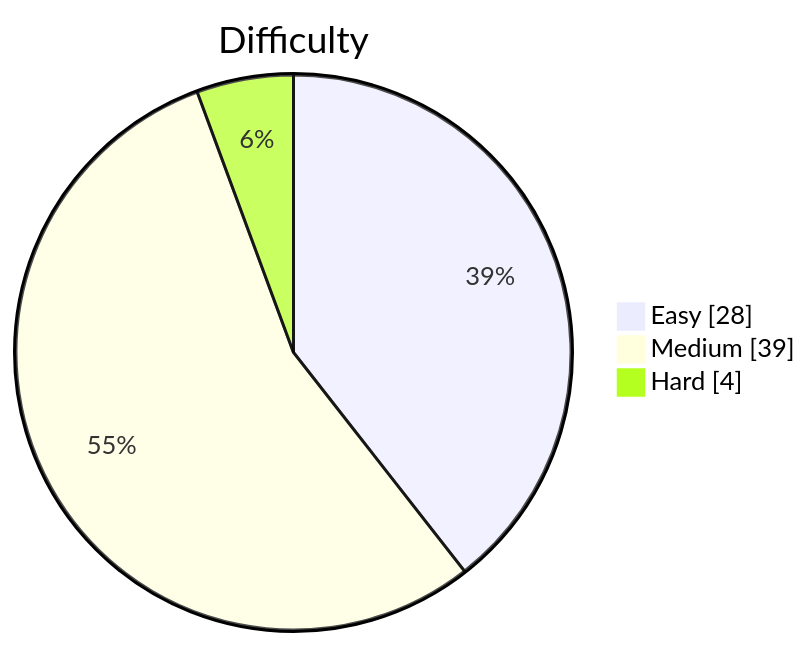
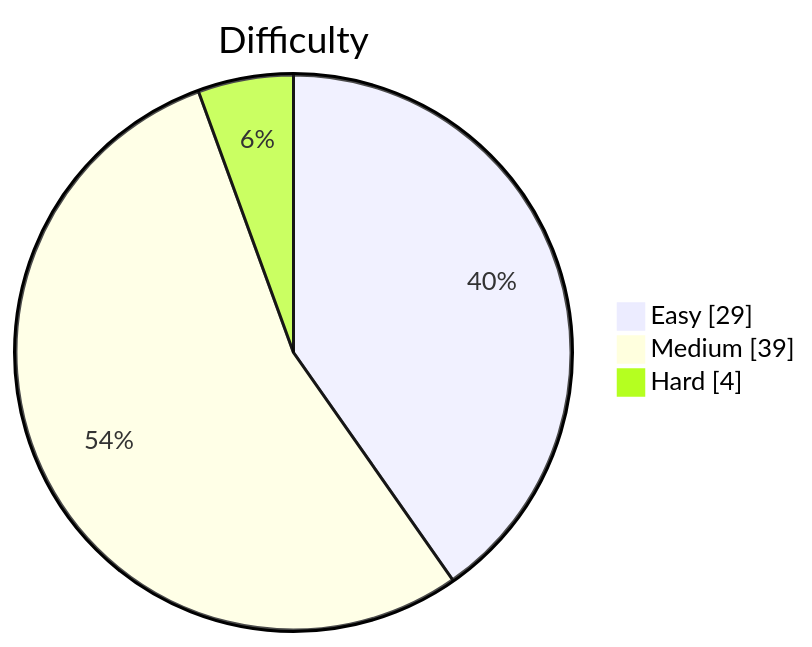
The diagram in README.md (kevstevie/python-algo-practice), drawn with Mermaid before and after one commit. The commit also changed other lines of this file, not shown here.

````diff
--- a/README.md
+++ b/README.md
@@ -13,7 +13,7 @@
 ```mermaid
 pie showData
     title Difficulty
-    "Easy"   : 28
+    "Easy"   : 29
     "Medium" : 39
     "Hard"   : 4
 ```
````
